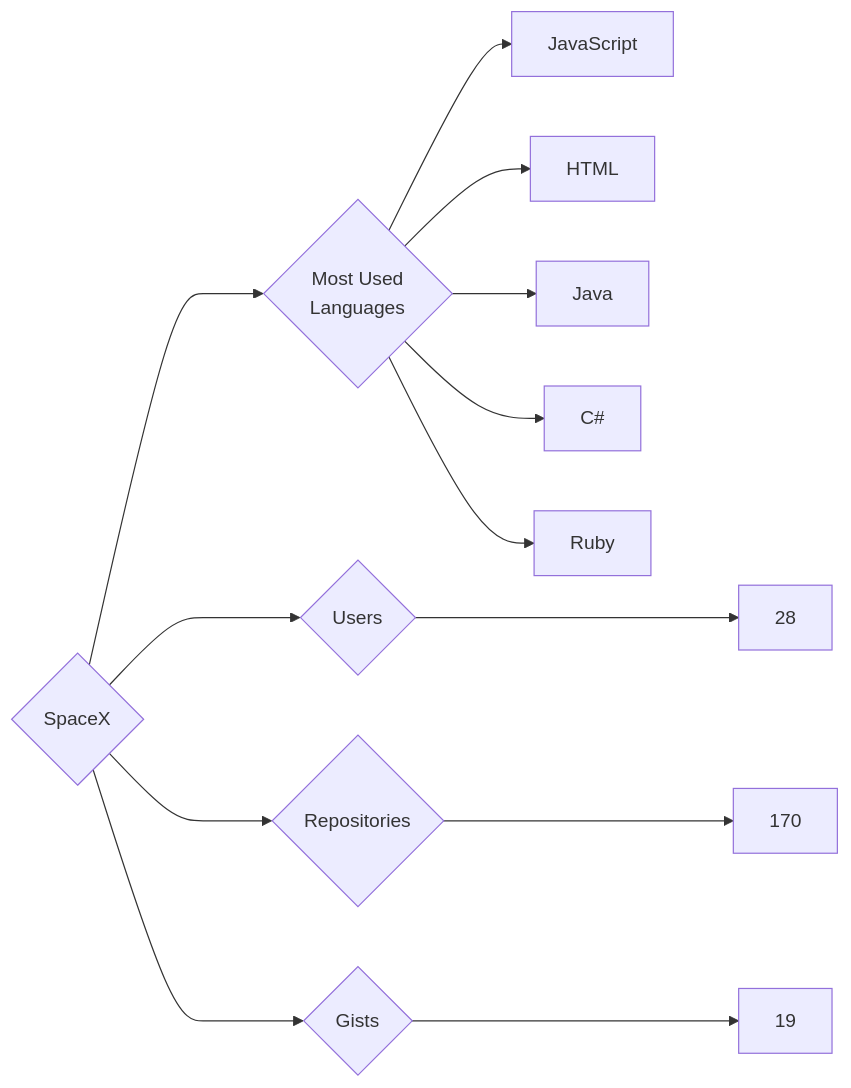
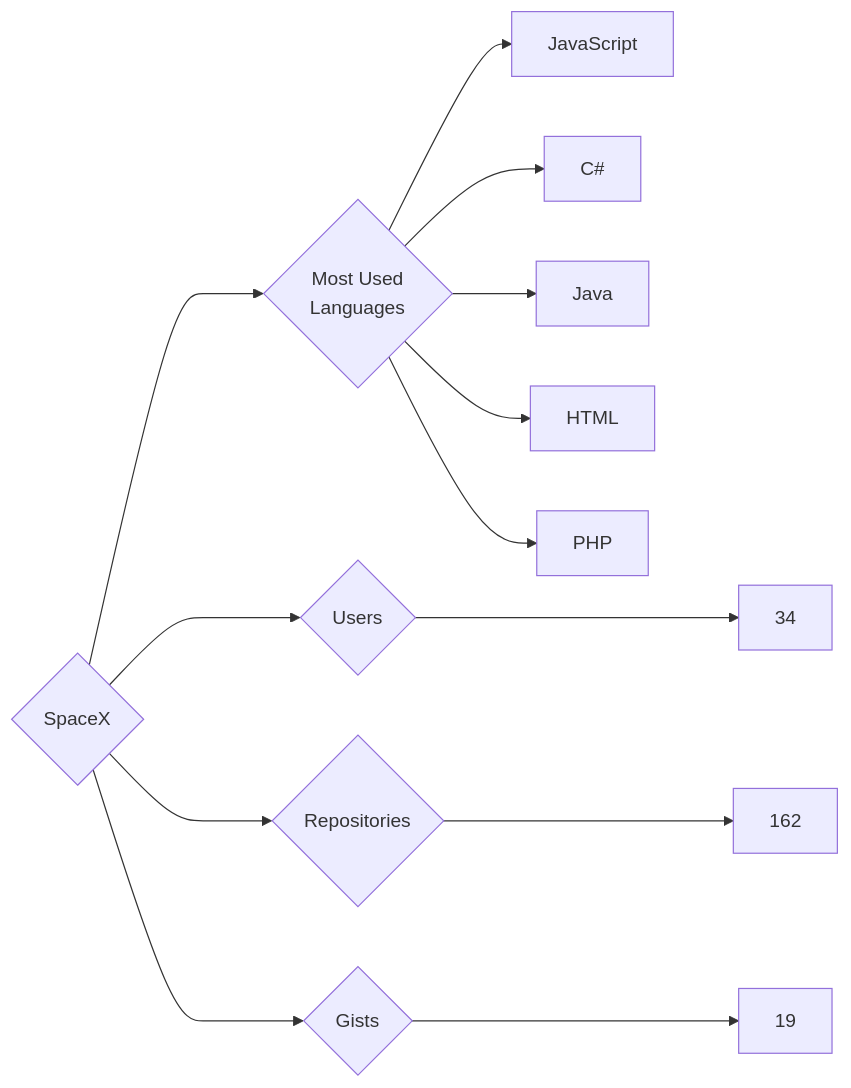
Before and after one commit to trickest/insiders: the diagram in targets/SpaceX/README.md, drawn with Mermaid. The commit also changed 970 other files, not shown here.

````diff
--- a/targets/SpaceX/README.md
+++ b/targets/SpaceX/README.md
@@ -3,13 +3,13 @@
 ```mermaid
 graph LR
 COMPANY_NAME{SpaceX}
-COMPANY_NAME ---> U{Users} ---> UN[28]
-COMPANY_NAME ---> R{Repositories} ---> RN[170]
+COMPANY_NAME ---> U{Users} ---> UN[34]
+COMPANY_NAME ---> R{Repositories} ---> RN[162]
 COMPANY_NAME ---> G{Gists} ---> GN[19]
 COMPANY_NAME ---> ML{Most Used<br>Languages}
 ML --> JavaScript[JavaScript]
+ML --> C#[C#]
+ML --> Java[Java]
 ML --> HTML[HTML]
-ML --> Java[Java]
-ML --> C#[C#]
-ML --> Ruby[Ruby]
+ML --> PHP[PHP]
 ```
````
